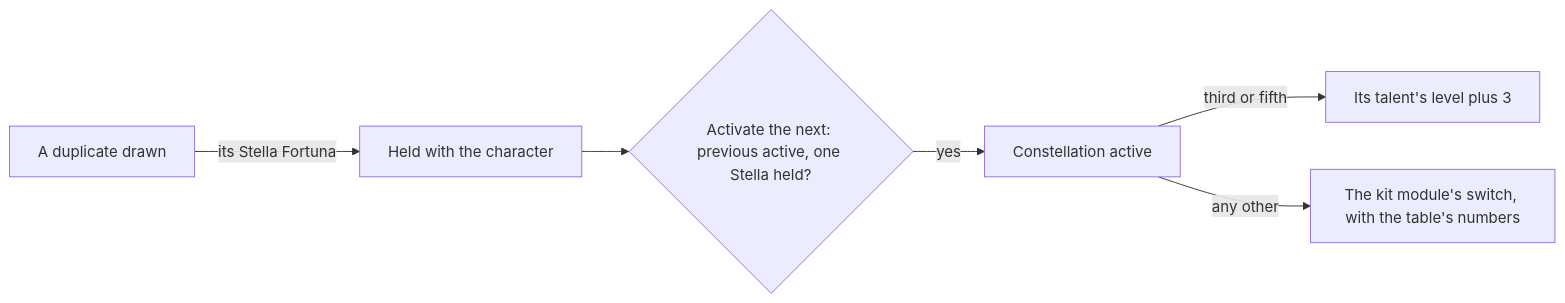
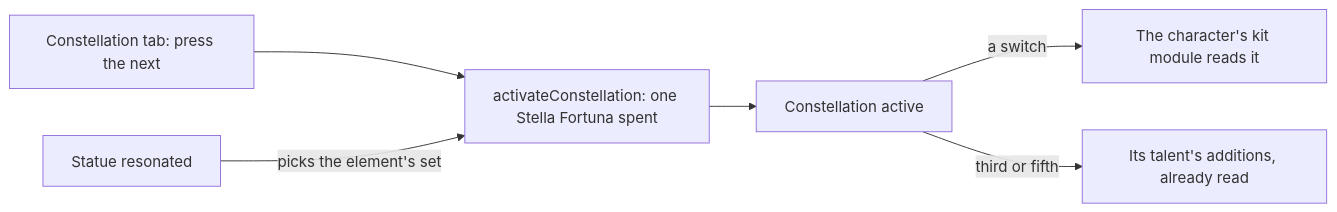
One commit to Esposter/Esposter changed the diagram in apps/web/content/docs/proposals/genshin/constellations.md. Above: the diagram before and after it, drawn with Mermaid. The commit also changed other lines of this file and 7 other files, not shown here.

First line of the commit message:
docs(genshin): constellations are as built — the table, the activation, the talent levels the raises add and the Stella Fortuna a wish brings; the proposal keeps the effects, the Traveler's sets and the Constellation tab

````diff
--- a/apps/web/content/docs/proposals/genshin/constellations.md
+++ b/apps/web/content/docs/proposals/genshin/constellations.md
@@ -21,8 +19,8 @@
 ```mermaid
 flowchart LR
-  WISH["A duplicate drawn"] -->|"its Stella Fortuna"| HELD["Held with the character"]
-  HELD --> ACTIVATE{"Activate the next: previous active, one Stella held?"}
-  ACTIVATE -->|"yes"| ACTIVE["Constellation active"]
-  ACTIVE -->|"third or fifth"| TALENT["Its talent's level plus 3"]
-  ACTIVE -->|"any other"| KIT["The kit module's switch, with the table's numbers"]
+  TAB["Constellation tab: press the next"] --> ACT["activateConstellation: one Stella Fortuna spent"]
+  ACT --> ACTIVE["Constellation active"]
+  ACTIVE -->|"a switch"| KIT["The character's kit module reads it"]
+  ACTIVE -->|"third or fifth"| ADD["Its talent's additions, already read"]
+  STATUE["Statue resonated"] -->|"picks the element's set"| ACT
 ```
````
